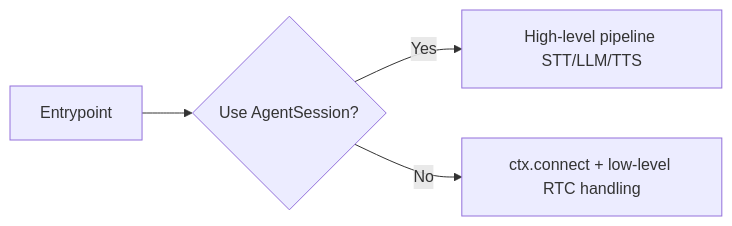
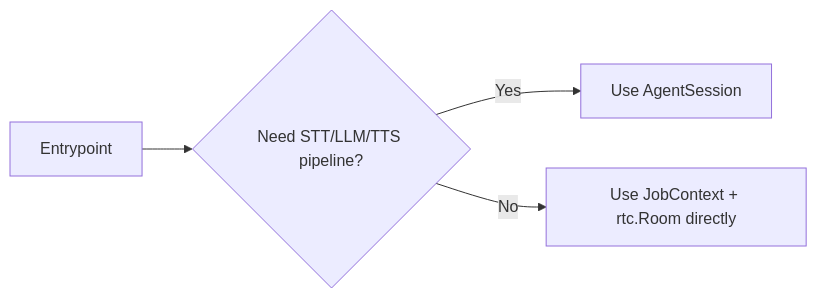
Before and after one commit to koei-kaji/note-zk: the second of 3 diagrams in LiteratureNotes/lit-202603052000-6g79.md, drawn with Mermaid. The commit also changed other lines of this file, not shown here.

Commit message:
docs: enrich livekit job lifecycle note and fix mermaid

````diff
--- a/LiteratureNotes/lit-202603052000-6g79.md
+++ b/LiteratureNotes/lit-202603052000-6g79.md
@@ -57,6 +90,6 @@
 ```mermaid
 flowchart LR
-    A[Entrypoint] --> B{Use AgentSession?}
-    B -->|Yes| C[High-level pipeline STT/LLM/TTS]
-    B -->|No| D[ctx.connect + low-level RTC handling]
+    A[Entrypoint] --> B{Need STT/LLM/TTS pipeline?}
+    B -->|Yes| C[Use AgentSession]
+    B -->|No| D[Use JobContext + rtc.Room directly]
 ```
````
